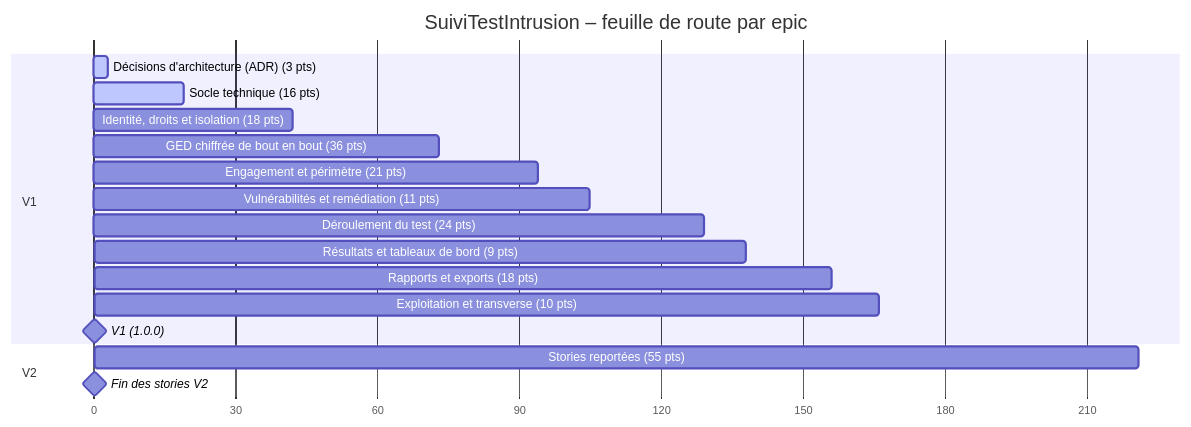
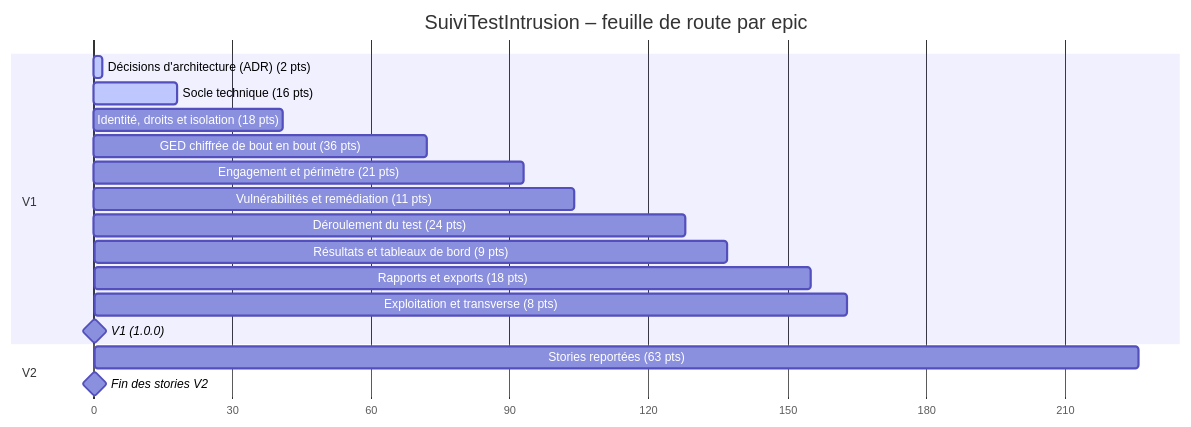
One commit to ILPlais/SuiviTestIntrusion changed the first of 2 diagrams in docs/20-29 Développement/22 Planification/22.01 Planification du développement.md. Above: the diagram before and after it, drawn with Mermaid. The commit also changed other lines of this file and 5 other files, not shown here.

````diff
--- a/docs/20-29 Développement/22 Planification/22.01 Planification du développement.md
+++ b/docs/20-29 Développement/22 Planification/22.01 Planification du développement.md
@@ -48,21 +48,21 @@
 ```mermaid
 gantt
     title SuiviTestIntrusion – feuille de route par epic
     dateFormat X
     axisFormat %s
     section V1
-    Décisions d'architecture (ADR) (3 pts) :active, ep_decisions, 0, 3
-    Socle technique (16 pts) :active, ep_socle, 3, 19
-    Identité, droits et isolation (18 pts) :ep_identite, 19, 42
-    GED chiffrée de bout en bout (36 pts) :ep_ged_chiffree, 32, 73
-    Engagement et périmètre (21 pts) :ep_engagement, 73, 94
-    Vulnérabilités et remédiation (11 pts) :ep_vulnerabilites, 94, 105
-    Déroulement du test (24 pts) :ep_deroulement, 105, 129
-    Résultats et tableaux de bord (9 pts) :ep_resultats, 129, 138
-    Rapports et exports (18 pts) :ep_exports, 138, 156
-    Exploitation et transverse (10 pts) :ep_exploitation, 156, 166
-    V1 (1.0.0) :milestone, v1, 166, 0d
+    Décisions d'architecture (ADR) (2 pts) :active, ep_decisions, 0, 2
+    Socle technique (16 pts) :active, ep_socle, 2, 18
+    Identité, droits et isolation (18 pts) :ep_identite, 18, 41
+    GED chiffrée de bout en bout (36 pts) :ep_ged_chiffree, 31, 72
+    Engagement et périmètre (21 pts) :ep_engagement, 72, 93
+    Vulnérabilités et remédiation (11 pts) :ep_vulnerabilites, 93, 104
+    Déroulement du test (24 pts) :ep_deroulement, 104, 128
+    Résultats et tableaux de bord (9 pts) :ep_resultats, 128, 137
+    Rapports et exports (18 pts) :ep_exports, 137, 155
+    Exploitation et transverse (8 pts) :ep_exploitation, 155, 163
+    V1 (1.0.0) :milestone, v1, 163, 0d
     section V2
-    Stories reportées (55 pts) :ep_v2, 166, 221
-    Fin des stories V2 :milestone, v2, 221, 0d
+    Stories reportées (63 pts) :ep_v2, 163, 226
+    Fin des stories V2 :milestone, v2, 226, 0d
 ```
````
